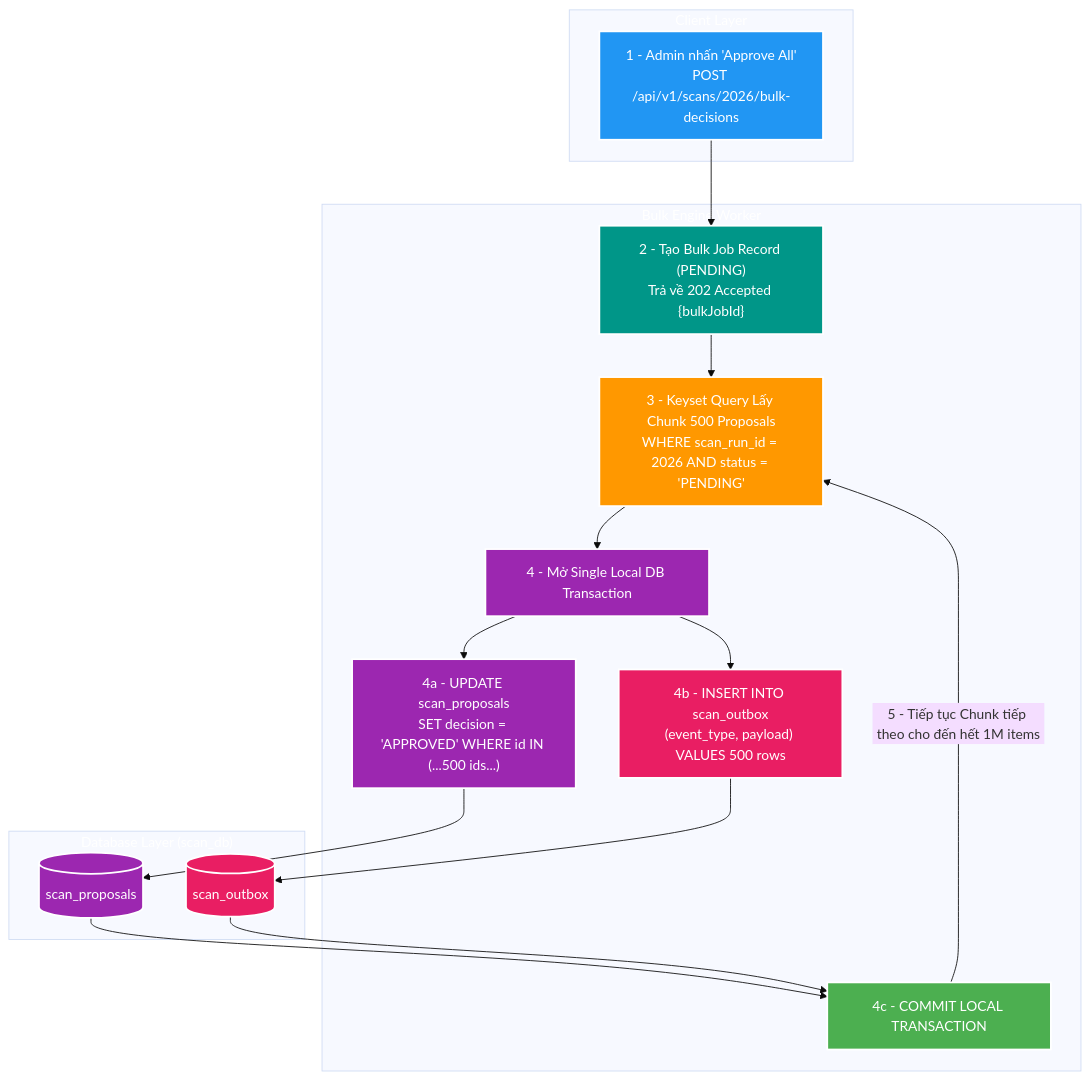
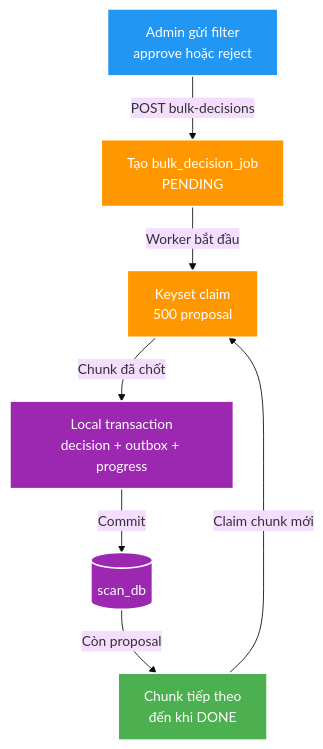
The fifth of 6 diagrams in manual/learning/use-cases/scale-capacity/sc-01-scan-one-million-filesystem-entry/02-architecture-touchpoints-and-flows.md (HungPhan200591/file-mngt-be-v2), drawn with Mermaid (base theme) before and after one commit. The commit also changed other lines of this file and 1 other file, not shown here.

Commit message:
feat: enhance fixture generation script with progress logging and optimization for Java 25

````diff
--- a/manual/learning/use-cases/scale-capacity/sc-01-scan-one-million-filesystem-entry/02-architecture-touchpoints-and-flows.md
+++ b/manual/learning/use-cases/scale-capacity/sc-01-scan-one-million-filesystem-entry/02-architecture-touchpoints-and-flows.md
@@ -332,40 +179,23 @@
 ```mermaid
 flowchart TD
-    subgraph CLIENT_REQ["<font color='white'>Client Layer</font>"]
-        REQ["<font color='white'>1 - Admin nhấn 'Approve All'<br/>POST /api/v1/scans/2026/bulk-decisions</font>"]
-    end
+    REQ["<font color='white'>Admin gửi filter<br/>approve hoặc reject</font>"]
+    JOB["<font color='white'>Tạo bulk_decision_job<br/>PENDING</font>"]
+    CLAIM["<font color='white'>Keyset claim<br/>500 proposal</font>"]
+    TX["<font color='white'>Local transaction<br/>decision + outbox + progress</font>"]
+    DB[("<font color='white'>scan_db</font>")]
+    LOOP["<font color='white'>Chunk tiếp theo<br/>đến khi DONE</font>"]
 
-    subgraph BULK_ENGINE["<font color='white'>Bulk Engine Worker</font>"]
-        INIT["<font color='white'>2 - Tạo Bulk Job Record (PENDING)<br/>Trả về 202 Accepted {bulkJobId}</font>"]
-        LOOP["<font color='white'>3 - Keyset Query Lấy Chunk 500 Proposals<br/>WHERE scan_run_id = 2026 AND status = 'PENDING'</font>"]
-        LOCAL_TX["<font color='white'>4 - Mở Single Local DB Transaction</font>"]
-        UPD_PROP["<font color='white'>4a - UPDATE scan_proposals<br/>SET decision = 'APPROVED' WHERE id IN (...500 ids...)</font>"]
-        INS_OUTBOX["<font color='white'>4b - INSERT INTO scan_outbox<br/>(event_type, payload) VALUES 500 rows</font>"]
-        COMMIT["<font color='white'>4c - COMMIT LOCAL TRANSACTION</font>"]
-    end
-
-    subgraph DB_LAYER["<font color='white'>Database Layer (scan_db)</font>"]
-        T_PROP[("<font color='white'>scan_proposals</font>")]
-        T_OUTBOX[("<font color='white'>scan_outbox</font>")]
-    end
-
-    REQ --> INIT
-    INIT --> LOOP
-    LOOP --> LOCAL_TX
-    LOCAL_TX --> UPD_PROP
-    LOCAL_TX --> INS_OUTBOX
-    UPD_PROP --> T_PROP
-    INS_OUTBOX --> T_OUTBOX
-    T_PROP & T_OUTBOX --> COMMIT
-    COMMIT -->|"5 - Tiếp tục Chunk tiếp theo cho đến hết 1M items"| LOOP
+    REQ -->|"POST bulk-decisions"| JOB
+    JOB -->|"Worker bắt đầu"| CLAIM
+    CLAIM -->|"Chunk đã chốt"| TX
+    TX -->|"Commit"| DB
+    DB -->|"Còn proposal"| LOOP
+    LOOP -->|"Claim chunk mới"| CLAIM
 
     style REQ fill:#2196F3,stroke:#fff,stroke-width:2px
-    style INIT fill:#009688,stroke:#fff,stroke-width:2px
-    style LOOP fill:#FF9800,stroke:#fff,stroke-width:2px
-    style LOCAL_TX fill:#9C27B0,stroke:#fff,stroke-width:2px
-    style UPD_PROP fill:#9C27B0,stroke:#fff,stroke-width:2px
-    style INS_OUTBOX fill:#E91E63,stroke:#fff,stroke-width:2px
-    style COMMIT fill:#4CAF50,stroke:#fff,stroke-width:2px
-    style T_PROP fill:#9C27B0,stroke:#fff,stroke-width:2px
-    style T_OUTBOX fill:#E91E63,stroke:#fff,stroke-width:2px
+    style JOB fill:#FF9800,stroke:#fff,stroke-width:2px
+    style CLAIM fill:#FF9800,stroke:#fff,stroke-width:2px
+    style TX fill:#9C27B0,stroke:#fff,stroke-width:2px
+    style DB fill:#9C27B0,stroke:#fff,stroke-width:2px
+    style LOOP fill:#4CAF50,stroke:#fff,stroke-width:2px
 ```
````
